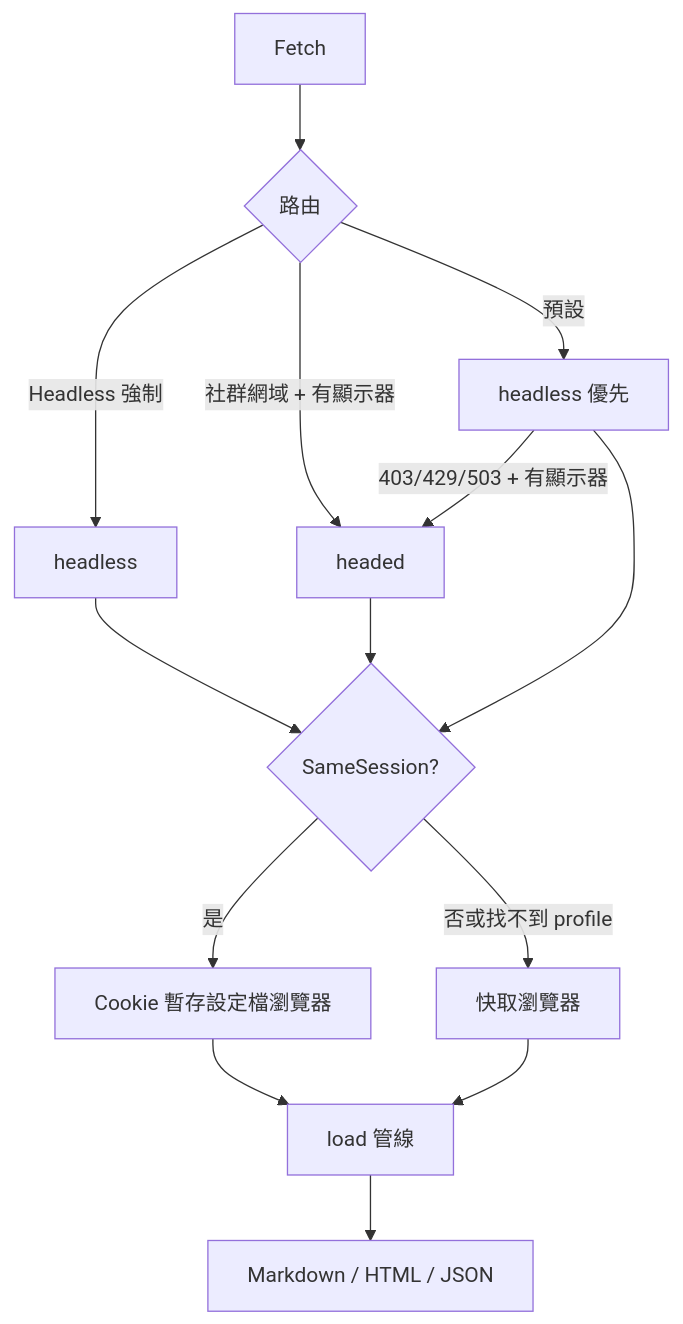
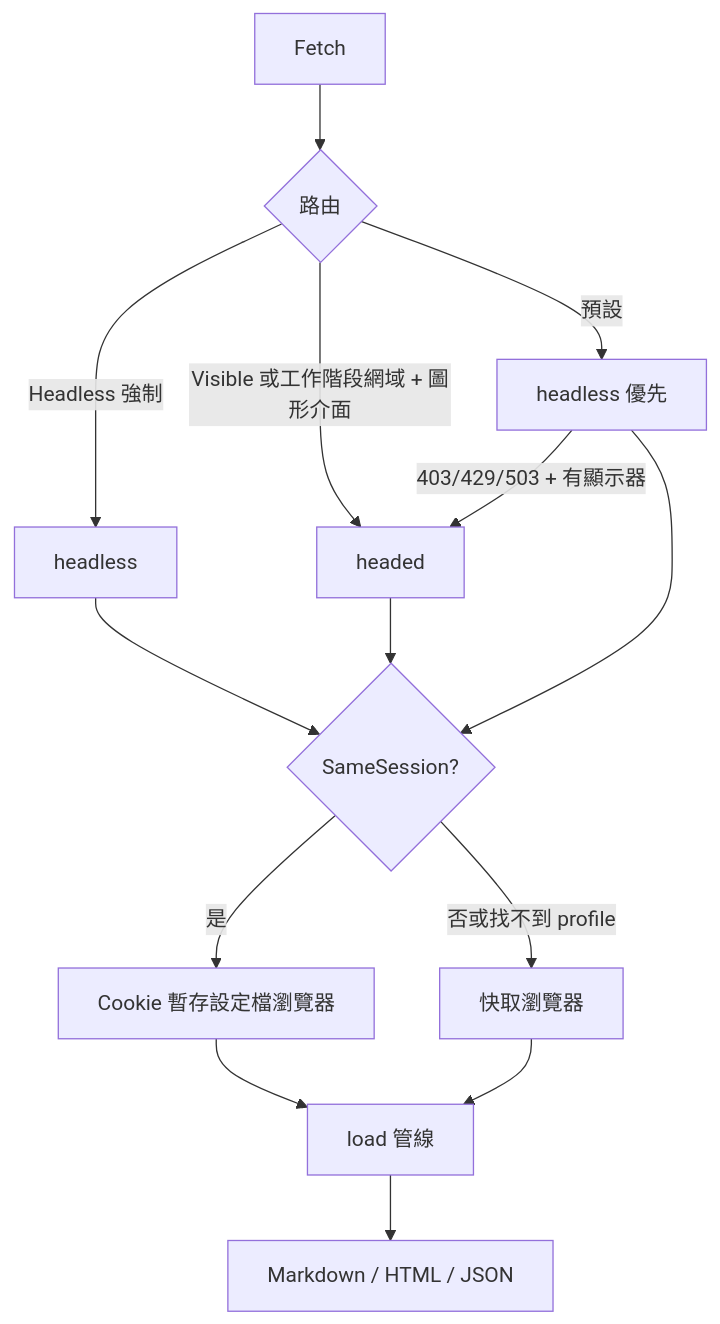
The first of 8 diagrams in doc/architecture.zh.md (pardnchiu/go-browser), drawn with Mermaid before and after one commit. The commit also changed other lines of this file and 65 other files, not shown here.

````diff
--- a/doc/architecture.zh.md
+++ b/doc/architecture.zh.md
@@ -9,16 +9,16 @@
 ```mermaid
 graph TB
     A[Fetch] --> B{路由}
     B -->|Headless 強制| C[headless]
-    B -->|社群網域 + 有顯示器| D[headed]
+    B -->|Visible 或工作階段網域 + 圖形介面| D[headed]
     B -->|預設| E[headless 優先]
     E -->|403/429/503 + 有顯示器| D
     C --> F{SameSession?}
     D --> F
     E --> F
     F -->|是| G[Cookie 暫存設定檔瀏覽器]
     F -->|否或找不到 profile| H[快取瀏覽器]
     G --> I[load 管線]
     H --> I
     I --> J[Markdown / HTML / JSON]
 ```
````
